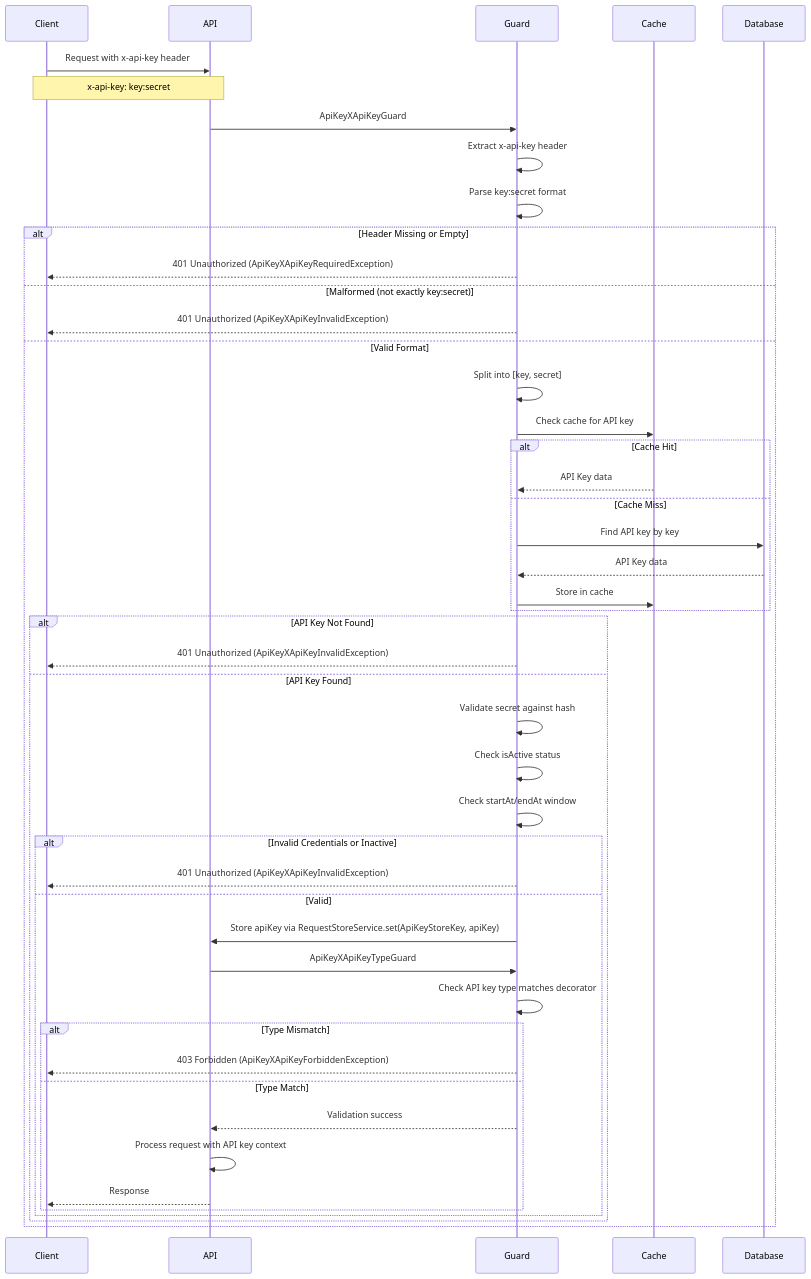
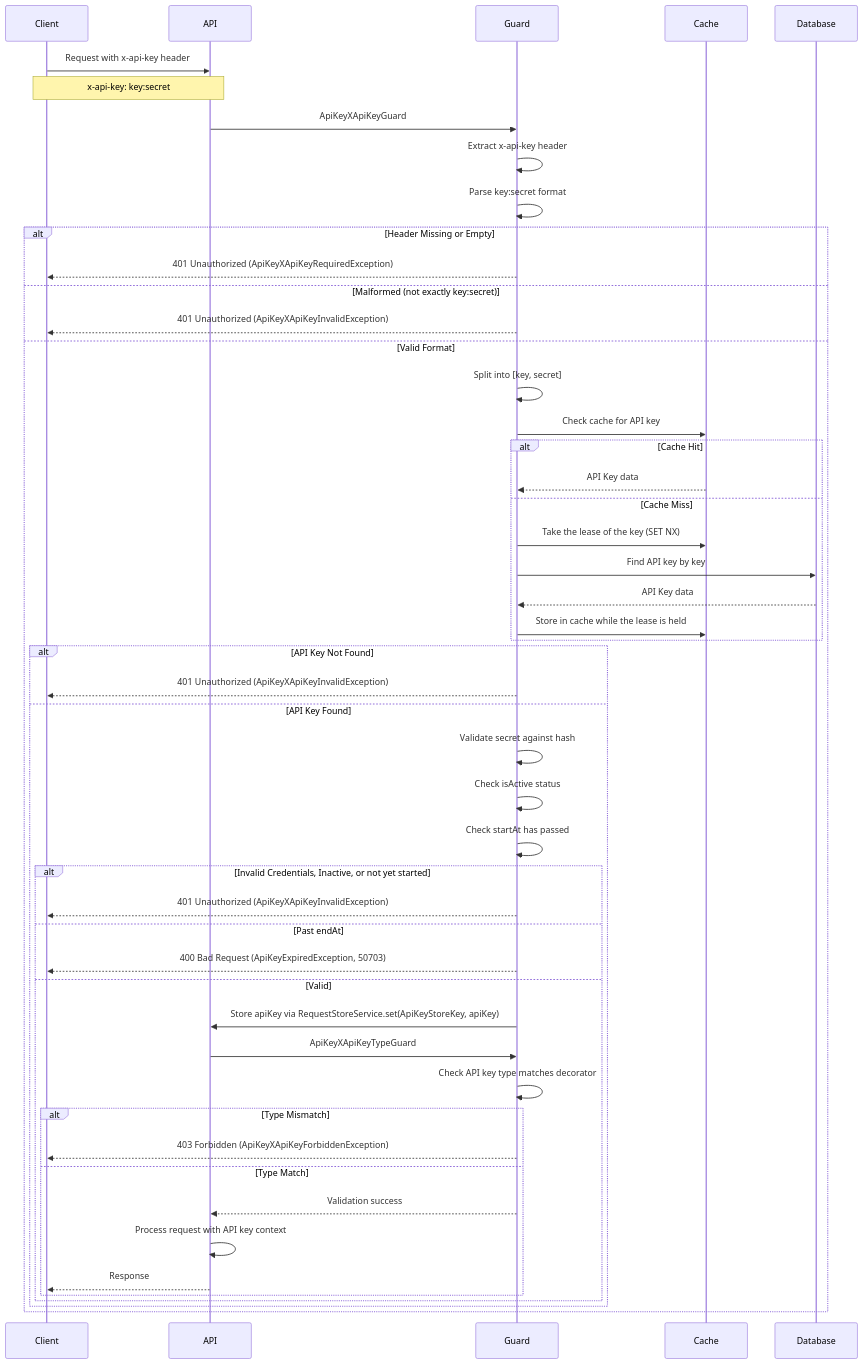
One commit to andrechristikan/ack-nestjs-boilerplate changed the eighth of 10 diagrams in docs/authentication.md. Above: the diagram before and after it, drawn with Mermaid. The commit also changed other lines of this file and 95 other files, not shown here.

````diff
--- a/docs/authentication.md
+++ b/docs/authentication.md
@@ -1243,56 +1256,59 @@
 ```mermaid
 sequenceDiagram
     participant Client
     participant API
     participant Guard
     participant Cache
     participant Database
 
     Client->>API: Request with x-api-key header
     Note over Client,API: x-api-key: key:secret
 
     API->>Guard: ApiKeyXApiKeyGuard
     Guard->>Guard: Extract x-api-key header
     Guard->>Guard: Parse key:secret format
 
     alt Header Missing or Empty
         Guard-->>Client: 401 Unauthorized (ApiKeyXApiKeyRequiredException)
     else Malformed (not exactly key:secret)
         Guard-->>Client: 401 Unauthorized (ApiKeyXApiKeyInvalidException)
     else Valid Format
         Guard->>Guard: Split into [key, secret]
         Guard->>Cache: Check cache for API key
 
         alt Cache Hit
             Cache-->>Guard: API Key data
         else Cache Miss
+            Guard->>Cache: Take the lease of the key (SET NX)
             Guard->>Database: Find API key by key
             Database-->>Guard: API Key data
-            Guard->>Cache: Store in cache
+            Guard->>Cache: Store in cache while the lease is held
         end
 
         alt API Key Not Found
             Guard-->>Client: 401 Unauthorized (ApiKeyXApiKeyInvalidException)
         else API Key Found
             Guard->>Guard: Validate secret against hash
             Guard->>Guard: Check isActive status
-            Guard->>Guard: Check startAt/endAt window
+            Guard->>Guard: Check startAt has passed
 
-            alt Invalid Credentials or Inactive
+            alt Invalid Credentials, Inactive, or not yet started
                 Guard-->>Client: 401 Unauthorized (ApiKeyXApiKeyInvalidException)
+            else Past endAt
+                Guard-->>Client: 400 Bad Request (ApiKeyExpiredException, 50703)
             else Valid
                 Guard->>API: Store apiKey via RequestStoreService.set(ApiKeyStoreKey, apiKey)
                 API->>Guard: ApiKeyXApiKeyTypeGuard
                 Guard->>Guard: Check API key type matches decorator
 
                 alt Type Mismatch
                     Guard-->>Client: 403 Forbidden (ApiKeyXApiKeyForbiddenException)
                 else Type Match
                     Guard-->>API: Validation success
                     API->>API: Process request with API key context
                     API-->>Client: Response
                 end
             end
         end
     end
 ```
````
